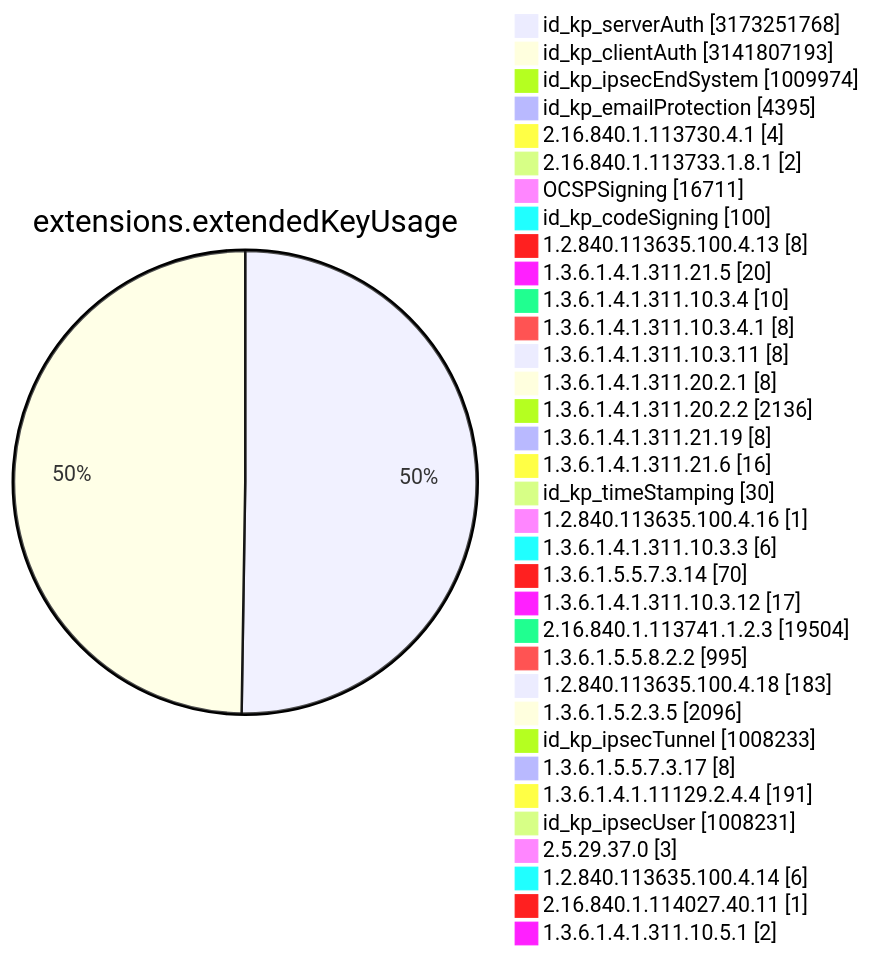
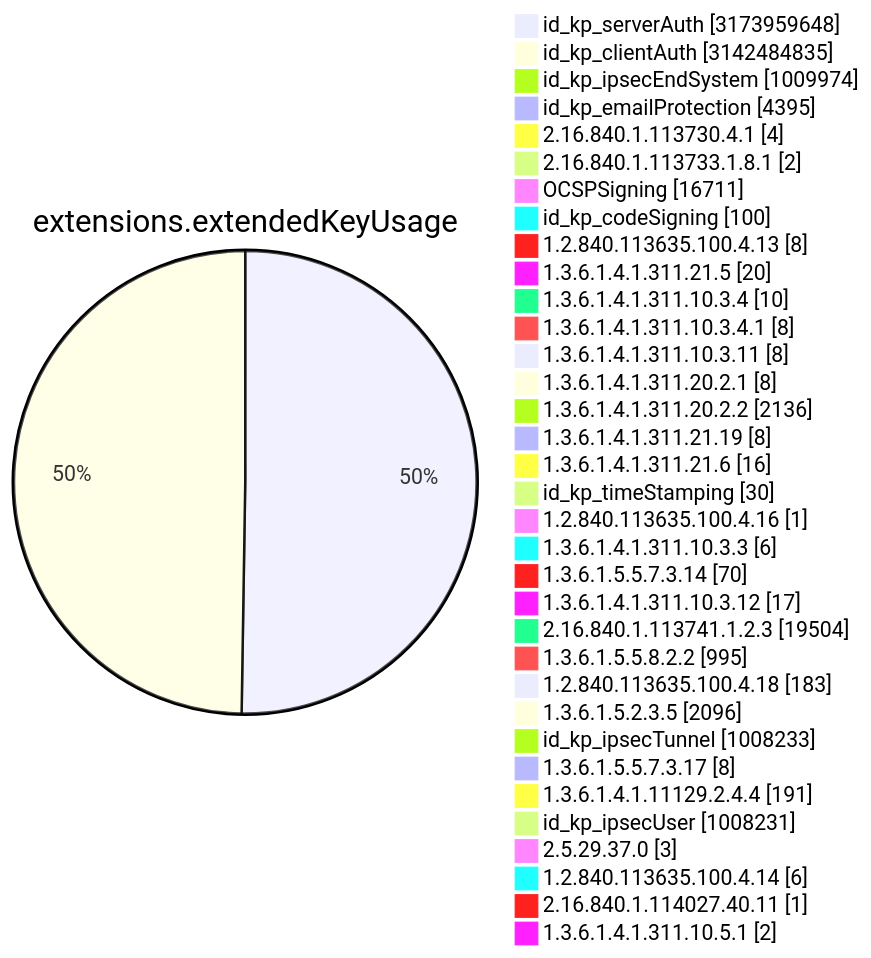
One commit to christiankrug/ctmonitor_visualization changed diagram 11 of 15 in TOTAL/README.md. Above: the diagram before and after it, drawn with Mermaid. The commit also changed other lines of this file, not shown here.

````diff
--- a/TOTAL/README.md
+++ b/TOTAL/README.md
@@ -4119,38 +4119,38 @@
 ```mermaid
 pie showData
 title extensions.extendedKeyUsage
-"id_kp_serverAuth" :3173251768
-"id_kp_clientAuth" :3141807193
+"id_kp_serverAuth" :3173959648
+"id_kp_clientAuth" :3142484835
 "id_kp_ipsecEndSystem" :1009974
 "id_kp_emailProtection" :4395
 "2.16.840.1.113730.4.1" :4
 "2.16.840.1.113733.1.8.1" :2
 "OCSPSigning" :16711
 "id_kp_codeSigning" :100
 "1.2.840.113635.100.4.13" :8
 "1.3.6.1.4.1.311.21.5" :20
 "1.3.6.1.4.1.311.10.3.4" :10
 "1.3.6.1.4.1.311.10.3.4.1" :8
 "1.3.6.1.4.1.311.10.3.11" :8
 "1.3.6.1.4.1.311.20.2.1" :8
 "1.3.6.1.4.1.311.20.2.2" :2136
 "1.3.6.1.4.1.311.21.19" :8
 "1.3.6.1.4.1.311.21.6" :16
 "id_kp_timeStamping" :30
 "1.2.840.113635.100.4.16" :1
 "1.3.6.1.4.1.311.10.3.3" :6
 "1.3.6.1.5.5.7.3.14" :70
 "1.3.6.1.4.1.311.10.3.12" :17
 "2.16.840.1.113741.1.2.3" :19504
 "1.3.6.1.5.5.8.2.2" :995
 "1.2.840.113635.100.4.18" :183
 "1.3.6.1.5.2.3.5" :2096
 "id_kp_ipsecTunnel" :1008233
 "1.3.6.1.5.5.7.3.17" :8
 "1.3.6.1.4.1.11129.2.4.4" :191
 "id_kp_ipsecUser" :1008231
 "2.5.29.37.0" :3
 "1.2.840.113635.100.4.14" :6
 "2.16.840.1.114027.40.11" :1
 "1.3.6.1.4.1.311.10.5.1" :2
 ```
````
